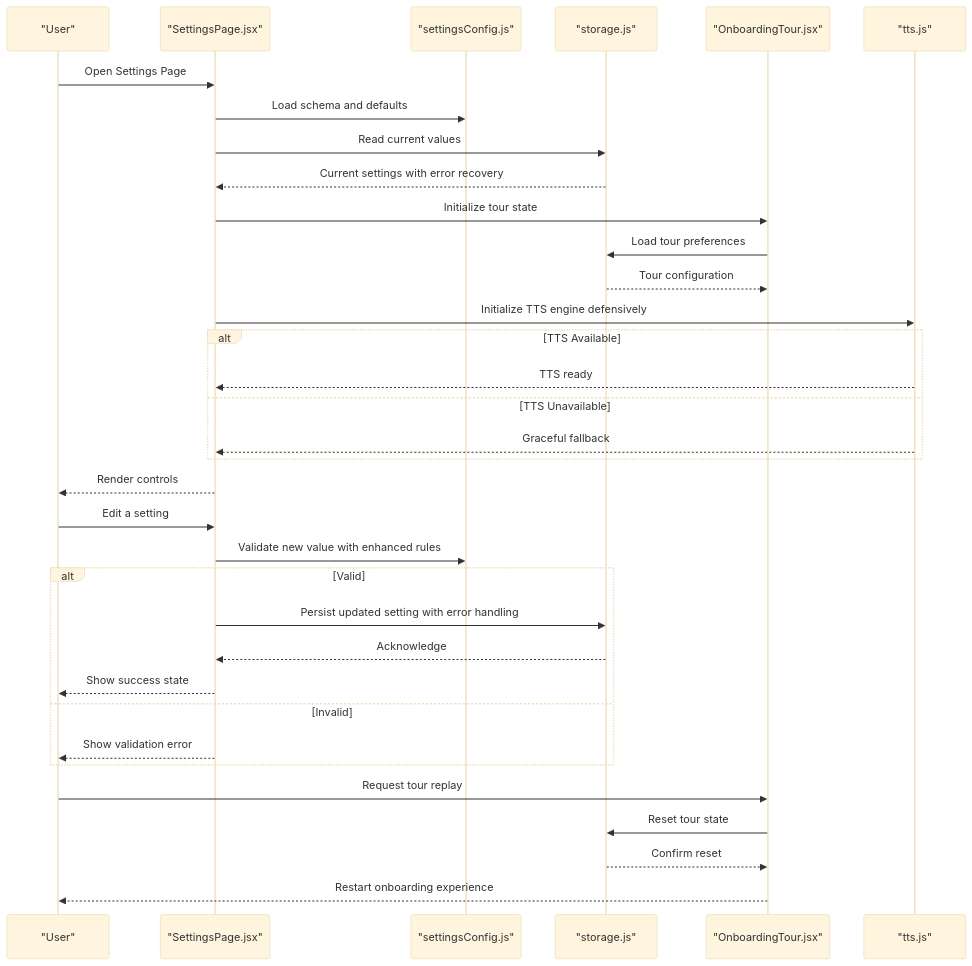
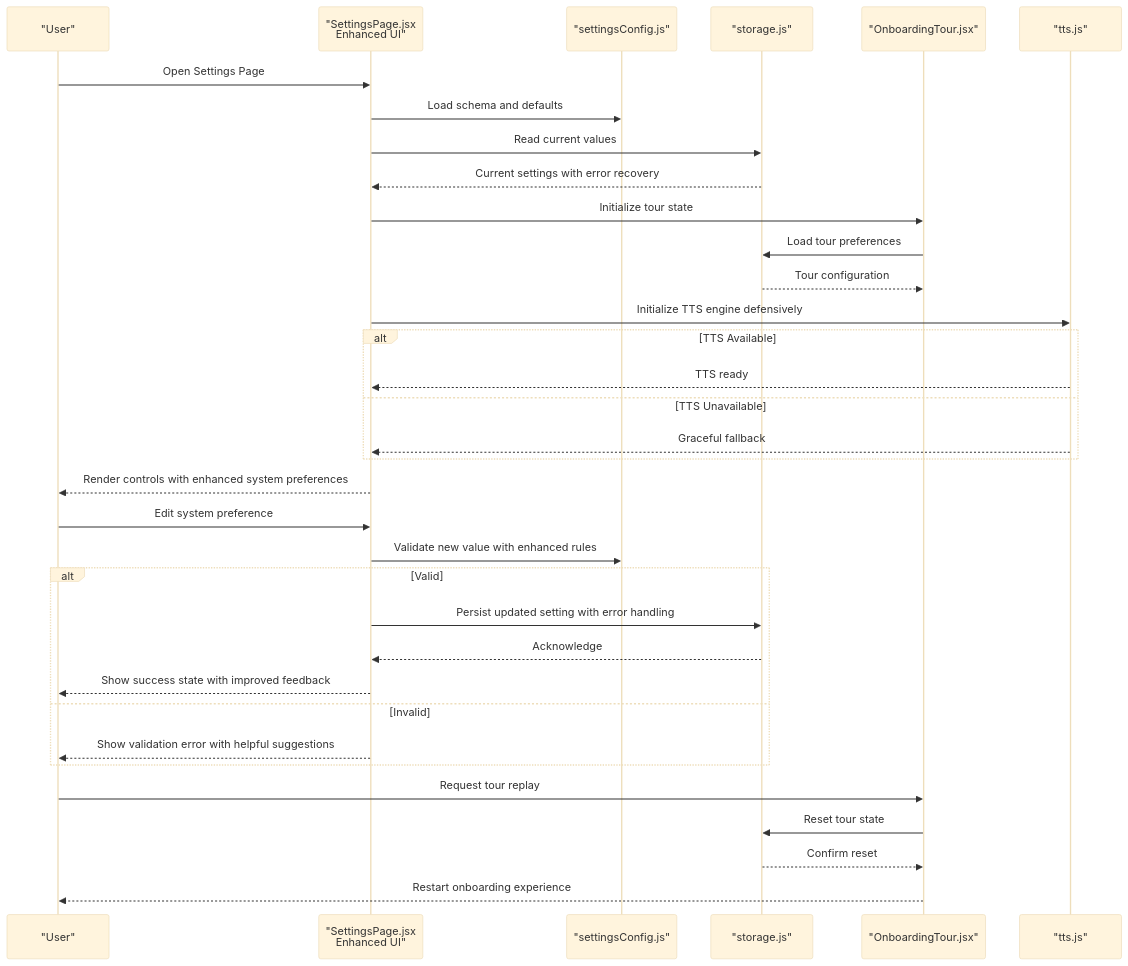
One commit to zmyeo54/briefroom changed the second of 6 diagrams in .qoder/repowiki/en/content/Utility Libraries/Settings Configuration.md. Above: the diagram before and after it, drawn with Mermaid (base theme). The commit also changed other lines of this file and 32 other files, not shown here.

````diff
--- a/.qoder/repowiki/en/content/Utility Libraries/Settings Configuration.md
+++ b/.qoder/repowiki/en/content/Utility Libraries/Settings Configuration.md
@@ -106,36 +108,36 @@
 ```mermaid
 sequenceDiagram
 participant User as "User"
-participant UI as "SettingsPage.jsx"
+participant UI as "SettingsPage.jsx<br/>Enhanced UI"
 participant Schema as "settingsConfig.js"
 participant Store as "storage.js"
 participant Tour as "OnboardingTour.jsx"
 participant TTS as "tts.js"
 User->>UI : Open Settings Page
 UI->>Schema : Load schema and defaults
 UI->>Store : Read current values
 Store-->>UI : Current settings with error recovery
 UI->>Tour : Initialize tour state
 Tour->>Store : Load tour preferences
 Store-->>Tour : Tour configuration
 UI->>TTS : Initialize TTS engine defensively
 alt TTS Available
 TTS-->>UI : TTS ready
 else TTS Unavailable
 TTS-->>UI : Graceful fallback
 end
-UI-->>User : Render controls
-User->>UI : Edit a setting
+UI-->>User : Render controls with enhanced system preferences
+User->>UI : Edit system preference
 UI->>Schema : Validate new value with enhanced rules
 alt Valid
 UI->>Store : Persist updated setting with error handling
 Store-->>UI : Acknowledge
-UI-->>User : Show success state
+UI-->>User : Show success state with improved feedback
 else Invalid
-UI-->>User : Show validation error
+UI-->>User : Show validation error with helpful suggestions
 end
 User->>Tour : Request tour replay
 Tour->>Store : Reset tour state
 Store-->>Tour : Confirm reset
 Tour-->>User : Restart onboarding experience
 ```
````
